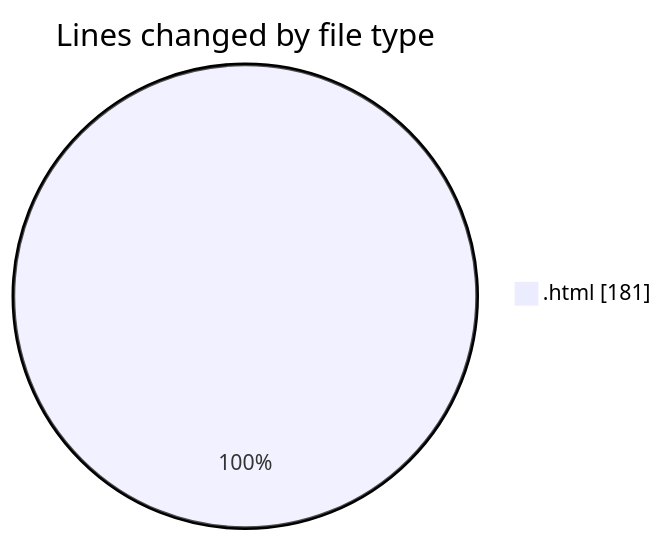
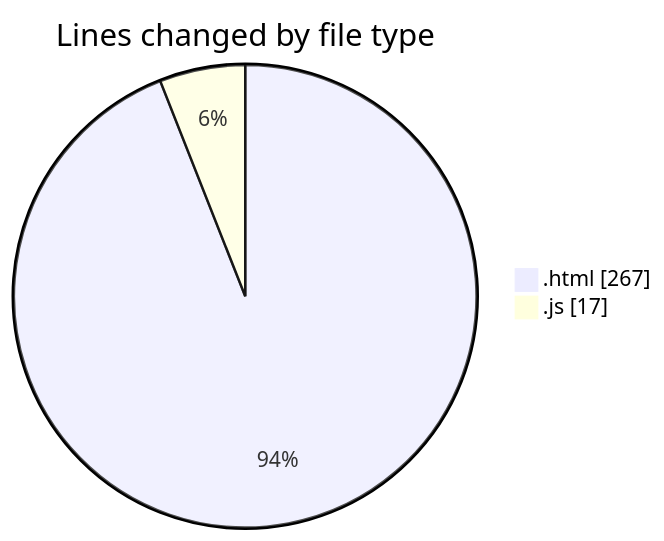
Before and after one commit to IJAZ3593/code-tracking: the first of 2 diagrams in 2025-09-13/new_folder/README.md, drawn with Mermaid. The commit also changed other lines of this file and 1 other file, not shown here.

````diff
--- a/2025-09-13/new_folder/README.md
+++ b/2025-09-13/new_folder/README.md
@@ -24,5 +25,6 @@
 ```mermaid
 pie showData
 title Lines changed by file type
-".html" : 181
+".html" : 267
+".js" : 17
 ```
````
